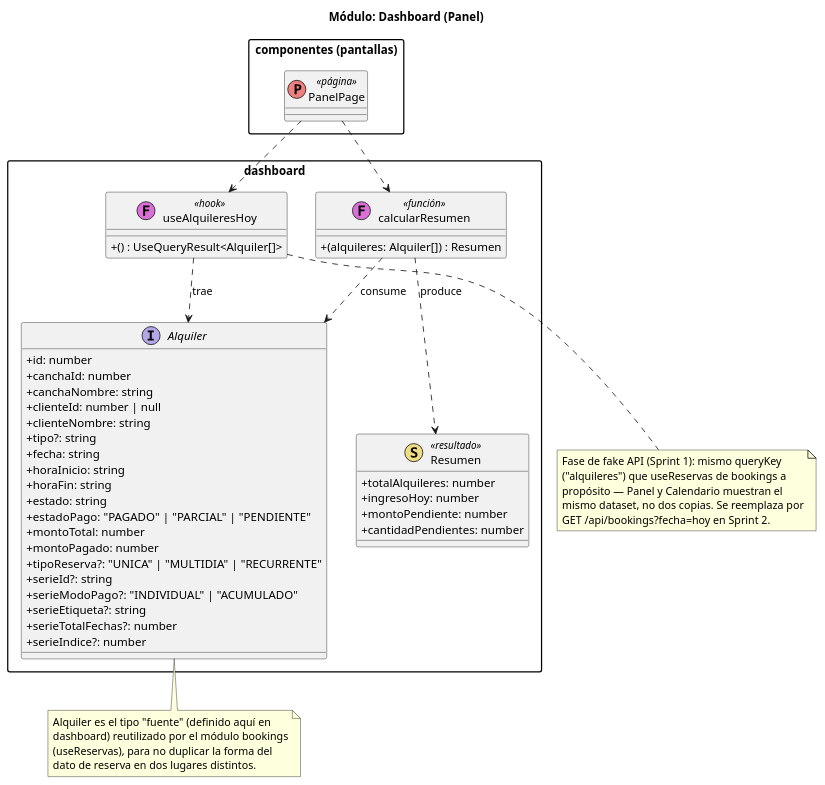
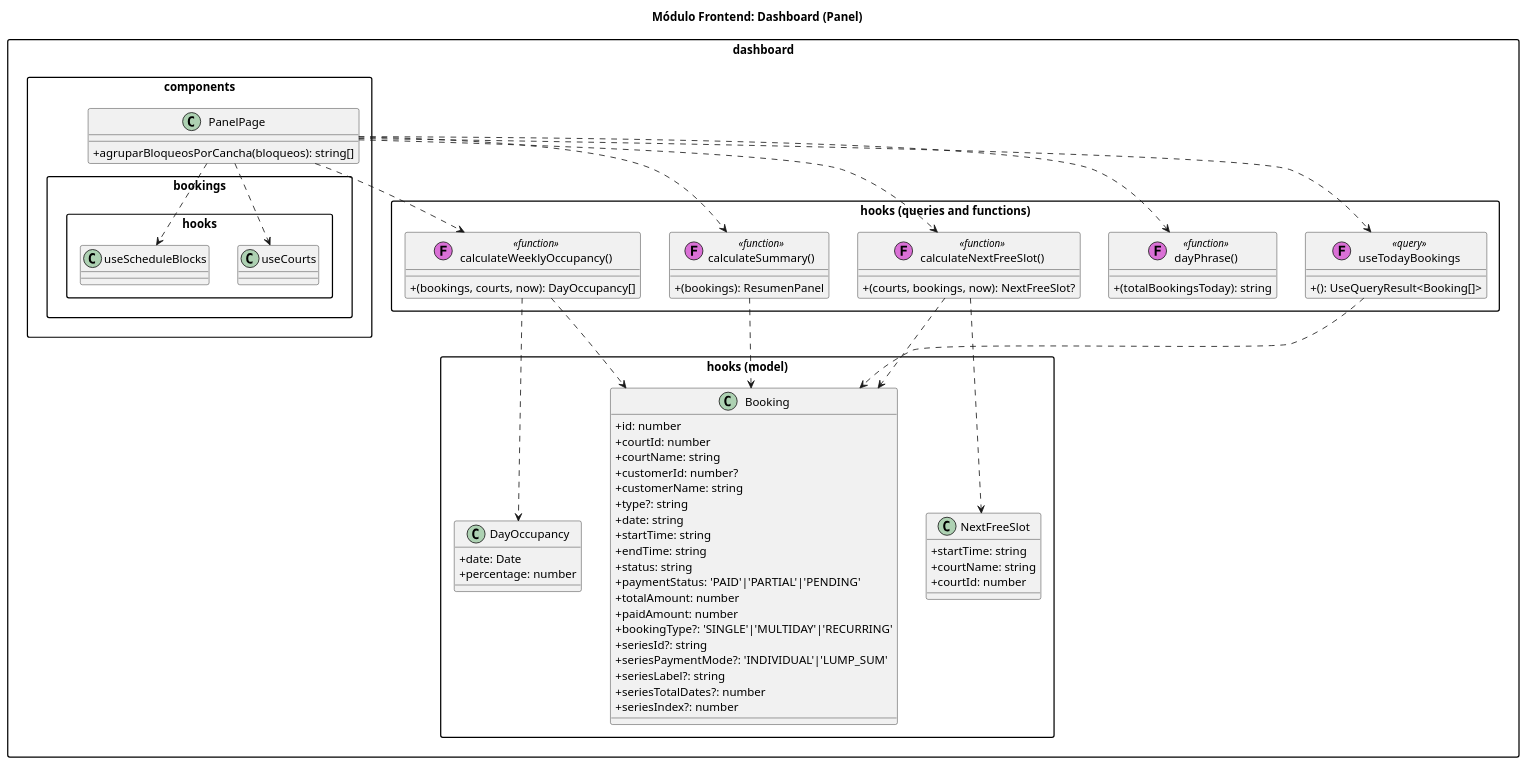
The diagram in docs/diagrams/dashboard.puml (brianna-salinas/la-canchita-de-carlos-frontend), drawn with PlantUML before and after one commit. The commit also changed 35 other files, not shown here.

Commit message:
fix: arreglos a los class diagrams

```diff
--- a/docs/diagrams/dashboard.puml
+++ b/docs/diagrams/dashboard.puml
@@ -1,71 +1,81 @@
 @startuml dashboard-module
-title Módulo: Dashboard (Panel)
+title Módulo Frontend: Dashboard (Panel)
 
 skinparam classAttributeIconSize 0
 skinparam packageStyle rectangle
 
-package "dashboard" {
-  interface Alquiler {
+package "dashboard.hooks (model)" {
+  class Booking {
     +id: number
-    +canchaId: number
-    +canchaNombre: string
-    +clienteId: number | null
-    +clienteNombre: string
-    +tipo?: string
-    +fecha: string
-    +horaInicio: string
-    +horaFin: string
-    +estado: string
-    +estadoPago: "PAGADO" | "PARCIAL" | "PENDIENTE"
-    +montoTotal: number
-    +montoPagado: number
-    +tipoReserva?: "UNICA" | "MULTIDIA" | "RECURRENTE"
-    +serieId?: string
-    +serieModoPago?: "INDIVIDUAL" | "ACUMULADO"
-    +serieEtiqueta?: string
-    +serieTotalFechas?: number
-    +serieIndice?: number
+    +courtId: number
+    +courtName: string
+    +customerId: number?
+    +customerName: string
+    +type?: string
+    +date: string
+    +startTime: string
+    +endTime: string
+    +status: string
+    +paymentStatus: 'PAID'|'PARTIAL'|'PENDING'
+    +totalAmount: number
+    +paidAmount: number
+    +bookingType?: 'SINGLE'|'MULTIDAY'|'RECURRING'
+    +seriesId?: string
+    +seriesPaymentMode?: 'INDIVIDUAL'|'LUMP_SUM'
+    +seriesLabel?: string
+    +seriesTotalDates?: number
+    +seriesIndex?: number
   }
 
-  class "useAlquileresHoy" as useAlquileresHoy << (F,orchid) hook >> {
-    +() : UseQueryResult<Alquiler[]>
+  class NextFreeSlot {
+    +startTime: string
+    +courtName: string
+    +courtId: number
   }
 
-  class "calcularResumen" as calcularResumen << (F,orchid) función >> {
-    +(alquileres: Alquiler[]) : Resumen
+  class DayOccupancy {
+    +date: Date
+    +percentage: number
+  }
+}
+
+package "dashboard.hooks (queries and functions)" {
+  class useTodayBookings << (F,orchid) query >> {
+    +(): UseQueryResult<Booking[]>
+  }
+  class "calculateSummary()" as calculateSummary << (F,orchid) function >> {
+    +(bookings): ResumenPanel
+  }
+  class "dayPhrase()" as dayPhrase << (F,orchid) function >> {
+    +(totalBookingsToday): string
+  }
+  class "calculateNextFreeSlot()" as calculateNextFreeSlot << (F,orchid) function >> {
+    +(courts, bookings, now): NextFreeSlot?
+  }
+  class "calculateWeeklyOccupancy()" as calculateWeeklyOccupancy << (F,orchid) function >> {
+    +(bookings, courts, now): DayOccupancy[]
   }
 
-  class Resumen << (S,#EEDD82) resultado >> {
-    +totalAlquileres: number
-    +ingresoHoy: number
-    +montoPendiente: number
-    +cantidadPendientes: number
+  useTodayBookings ..> Booking
+  calculateSummary ..> Booking
+  calculateNextFreeSlot ..> Booking
+  calculateNextFreeSlot ..> NextFreeSlot
+  calculateWeeklyOccupancy ..> Booking
+  calculateWeeklyOccupancy ..> DayOccupancy
+}
+
+package "dashboard.components" {
+  class PanelPage {
+    +agruparBloqueosPorCancha(bloqueos): string[]
   }
 
-  useAlquileresHoy ..> Alquiler : trae
-  calcularResumen ..> Alquiler : consume
-  calcularResumen ..> Resumen : produce
+  PanelPage ..> useTodayBookings
+  PanelPage ..> calculateSummary
+  PanelPage ..> dayPhrase
+  PanelPage ..> calculateNextFreeSlot
+  PanelPage ..> calculateWeeklyOccupancy
+  PanelPage ..> "bookings.hooks.useCourts"
+  PanelPage ..> "bookings.hooks.useScheduleBlocks"
 }
 
-package "componentes (pantallas)" {
-  class PanelPage << (P,#F08080) página >>
-  PanelPage ..> useAlquileresHoy
-  PanelPage ..> calcularResumen
-}
-
-note bottom of Alquiler
-  Alquiler es el tipo "fuente" (definido aquí en
-  dashboard) reutilizado por el módulo bookings
-  (useReservas), para no duplicar la forma del
-  dato de reserva en dos lugares distintos.
-end note
-
-note bottom of useAlquileresHoy
-  Fase de fake API (Sprint 1): mismo queryKey
-  ("alquileres") que useReservas de bookings a
-  propósito — Panel y Calendario muestran el
-  mismo dataset, no dos copias. Se reemplaza por
-  GET /api/bookings?fecha=hoy en Sprint 2.
-end note
-
 @enduml
```
